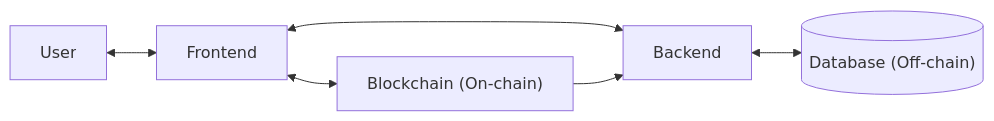
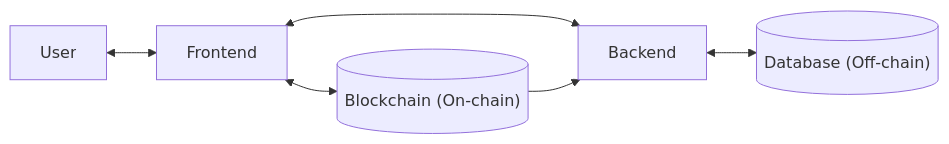
One commit to Ghorbel37/Tunichain changed the diagram in README.md. Above: the diagram before and after it, drawn with Mermaid.

Commit message:
Fix flowchart syntax in README.md for better clarity

````diff
--- a/README.md
+++ b/README.md
@@ -68,8 +68,8 @@
 ```mermaid
 flowchart LR
     U[User] <--> F[Frontend]
     F <--> B[Backend]
-    F <--> BC["Blockchain (On-chain)"]
+    F <--> BC[("Blockchain (On-chain)")]
     B[Backend] <--> DB[("Database (Off-chain)")]
     BC --> B
 ```
````
